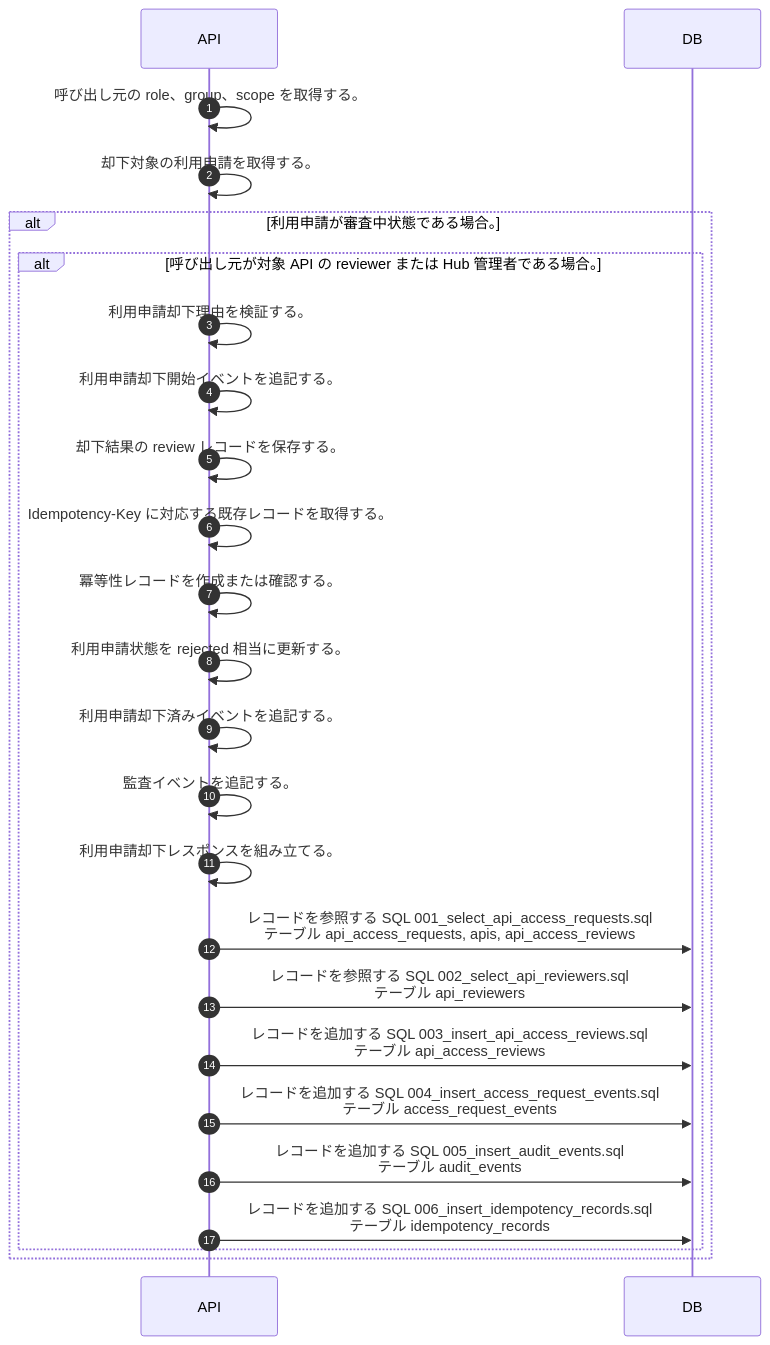
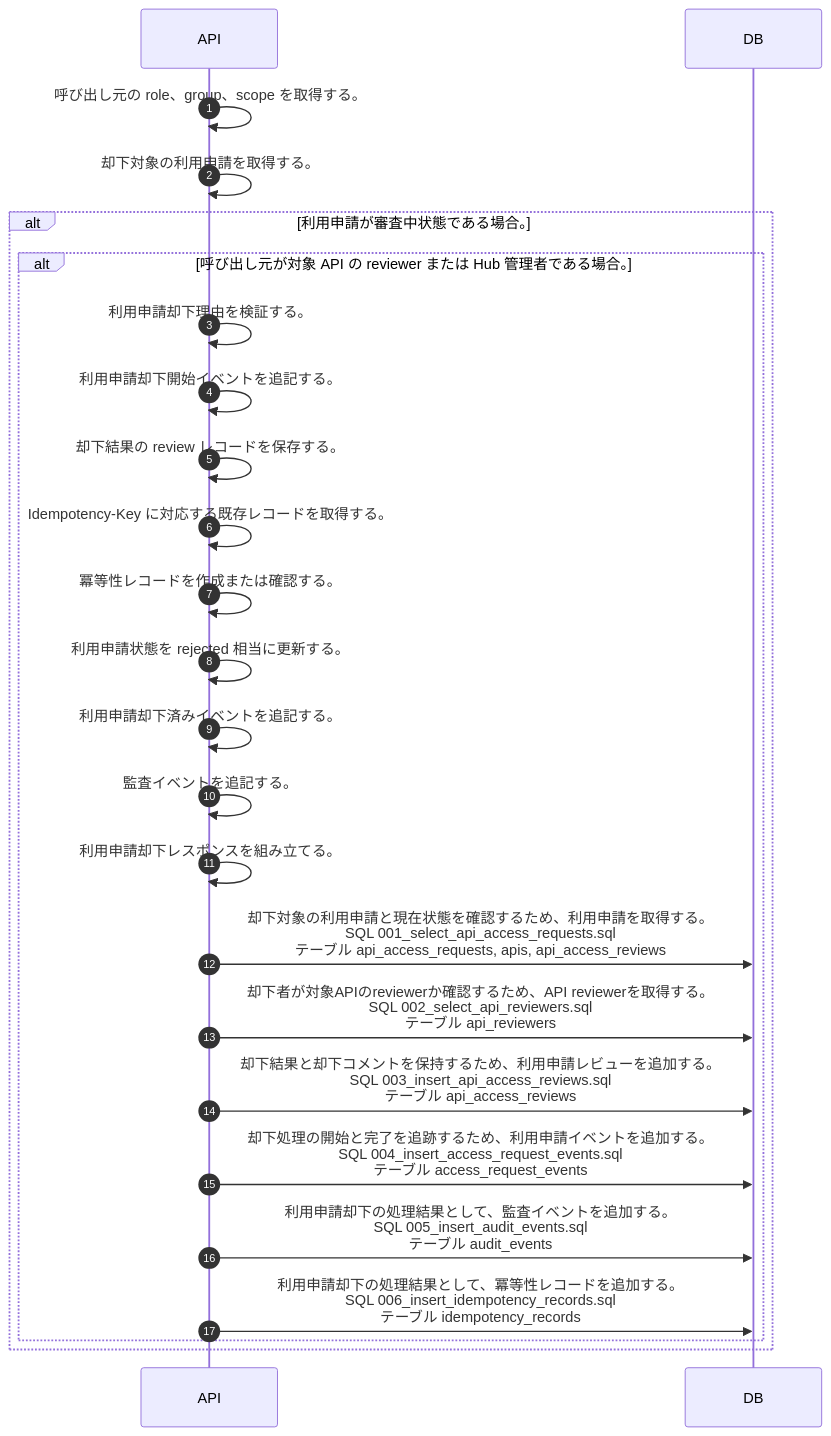
One commit to tsuji-tomonori/lazunex changed the diagram in docs/spec/40.apis/api_access_requests/reject_api_access_request/sequence_gen.md. Above: the diagram before and after it, drawn with Mermaid. The commit also changed 117 other files, not shown here.

Commit message:
📝 docs(api): SQL意図をシーケンスへ伝播

````diff
--- a/docs/spec/40.apis/api_access_requests/reject_api_access_request/sequence_gen.md
+++ b/docs/spec/40.apis/api_access_requests/reject_api_access_request/sequence_gen.md
@@ -5,27 +5,27 @@
 ```mermaid
 sequenceDiagram
   autonumber
   participant API as API
   participant DB as DB
   API->>API: 呼び出し元の role、group、scope を取得する。
   API->>API: 却下対象の利用申請を取得する。
   alt 利用申請が審査中状態である場合。
     alt 呼び出し元が対象 API の reviewer または Hub 管理者である場合。
       API->>API: 利用申請却下理由を検証する。
       API->>API: 利用申請却下開始イベントを追記する。
       API->>API: 却下結果の review レコードを保存する。
       API->>API: Idempotency-Key に対応する既存レコードを取得する。
       API->>API: 冪等性レコードを作成または確認する。
       API->>API: 利用申請状態を rejected 相当に更新する。
       API->>API: 利用申請却下済みイベントを追記する。
       API->>API: 監査イベントを追記する。
       API->>API: 利用申請却下レスポンスを組み立てる。
-      API->>DB: レコードを参照する SQL 001_select_api_access_requests.sql<br/>テーブル api_access_requests, apis, api_access_reviews
-      API->>DB: レコードを参照する SQL 002_select_api_reviewers.sql<br/>テーブル api_reviewers
-      API->>DB: レコードを追加する SQL 003_insert_api_access_reviews.sql<br/>テーブル api_access_reviews
-      API->>DB: レコードを追加する SQL 004_insert_access_request_events.sql<br/>テーブル access_request_events
-      API->>DB: レコードを追加する SQL 005_insert_audit_events.sql<br/>テーブル audit_events
-      API->>DB: レコードを追加する SQL 006_insert_idempotency_records.sql<br/>テーブル idempotency_records
+      API->>DB: 却下対象の利用申請と現在状態を確認するため、利用申請を取得する。<br/>SQL 001_select_api_access_requests.sql<br/>テーブル api_access_requests, apis, api_access_reviews
+      API->>DB: 却下者が対象APIのreviewerか確認するため、API reviewerを取得する。<br/>SQL 002_select_api_reviewers.sql<br/>テーブル api_reviewers
+      API->>DB: 却下結果と却下コメントを保持するため、利用申請レビューを追加する。<br/>SQL 003_insert_api_access_reviews.sql<br/>テーブル api_access_reviews
+      API->>DB: 却下処理の開始と完了を追跡するため、利用申請イベントを追加する。<br/>SQL 004_insert_access_request_events.sql<br/>テーブル access_request_events
+      API->>DB: 利用申請却下の処理結果として、監査イベントを追加する。<br/>SQL 005_insert_audit_events.sql<br/>テーブル audit_events
+      API->>DB: 利用申請却下の処理結果として、冪等性レコードを追加する。<br/>SQL 006_insert_idempotency_records.sql<br/>テーブル idempotency_records
     end
   end
 ```
````
